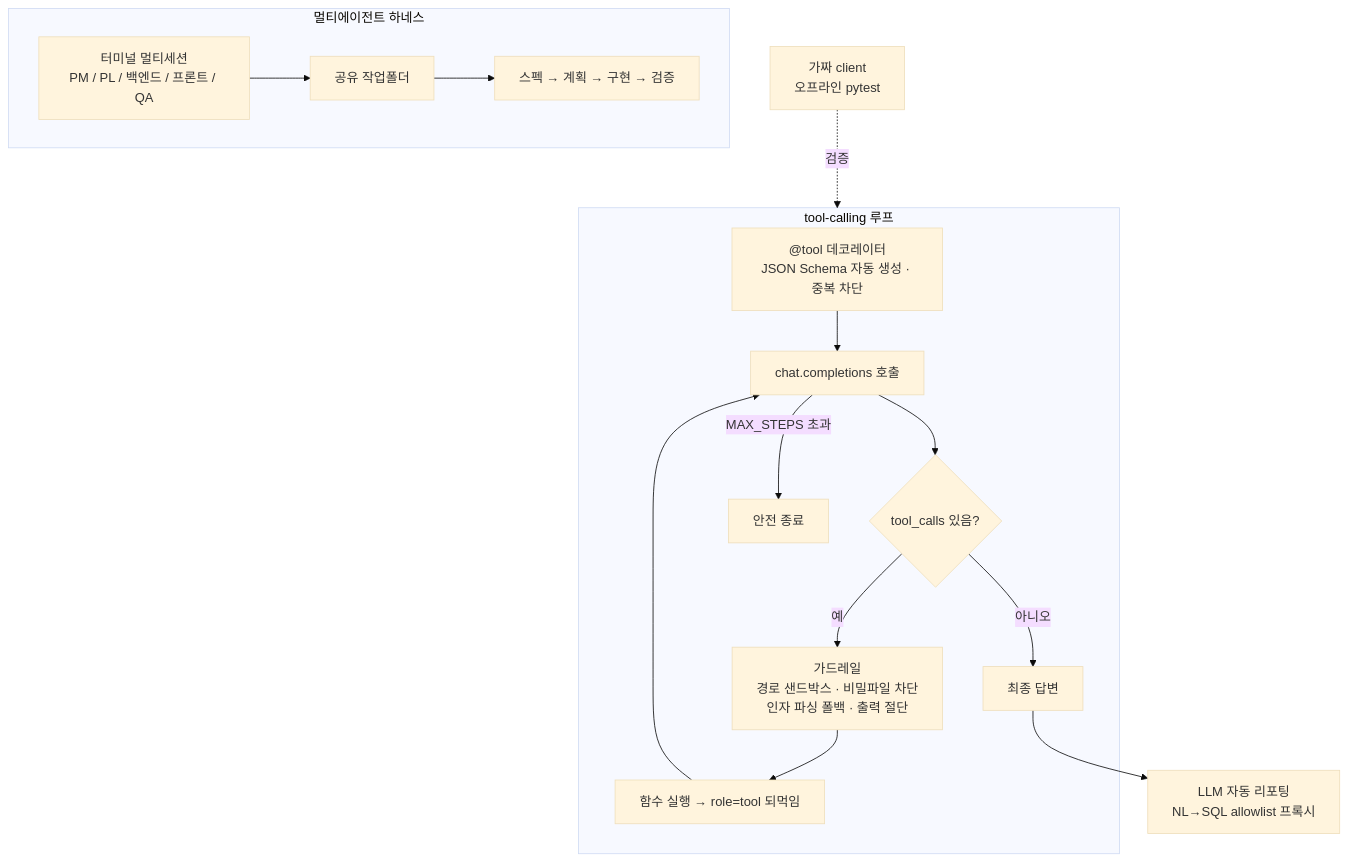
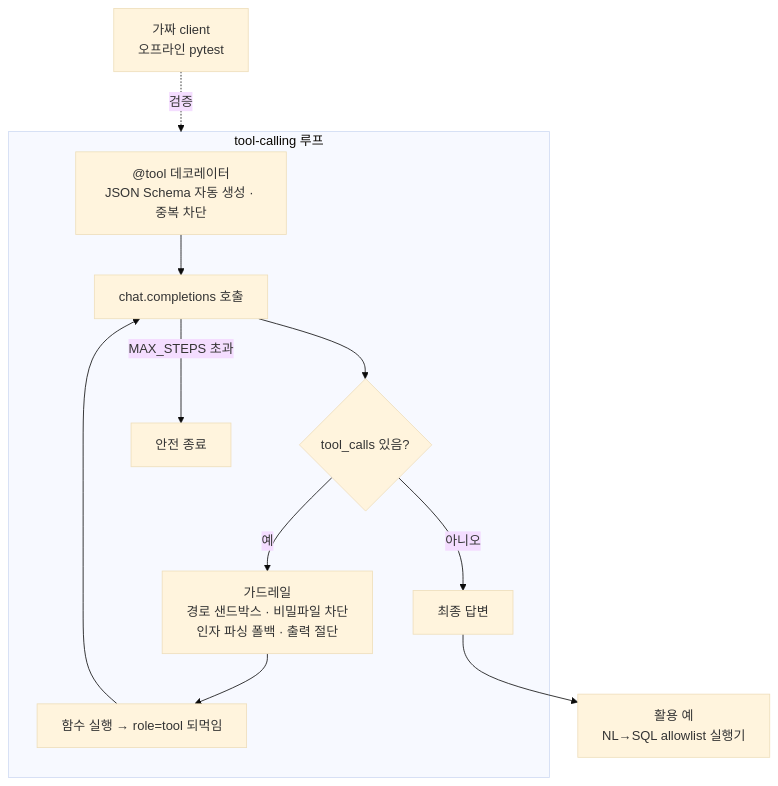
Before and after one commit to Azmo-Shin/Public_Portfolio: the diagram in 06_genai_tool_agent/README.md, drawn with Mermaid (base theme). The commit also changed other lines of this file and 1 other file, not shown here.

````diff
--- a/06_genai_tool_agent/README.md
+++ b/06_genai_tool_agent/README.md
@@ -13,18 +13,14 @@
 ```mermaid
 flowchart TD
   subgraph 루프["tool-calling 루프"]
     A["@tool 데코레이터<br/>JSON Schema 자동 생성 · 중복 차단"] --> B["chat.completions 호출"]
     B --> C{"tool_calls 있음?"}
     C -->|예| D1["가드레일<br/>경로 샌드박스 · 비밀파일 차단<br/>인자 파싱 폴백 · 출력 절단"]
     D1 --> E["함수 실행 → role=tool 되먹임"]
     E --> B
     C -->|아니오| F["최종 답변"]
     B -->|MAX_STEPS 초과| G["안전 종료"]
   end
   H["가짜 client<br/>오프라인 pytest"] -.검증.-> 루프
-  subgraph 하네스["멀티에이전트 하네스"]
-    I["터미널 멀티세션<br/>PM / PL / 백엔드 / 프론트 / QA"] --> J["공유 작업폴더"]
-    J --> K["스펙 → 계획 → 구현 → 검증"]
-  end
-  F --> M["LLM 자동 리포팅<br/>NL→SQL allowlist 프록시"]
+  F --> M["활용 예<br/>NL→SQL allowlist 실행기"]
 ```
````
